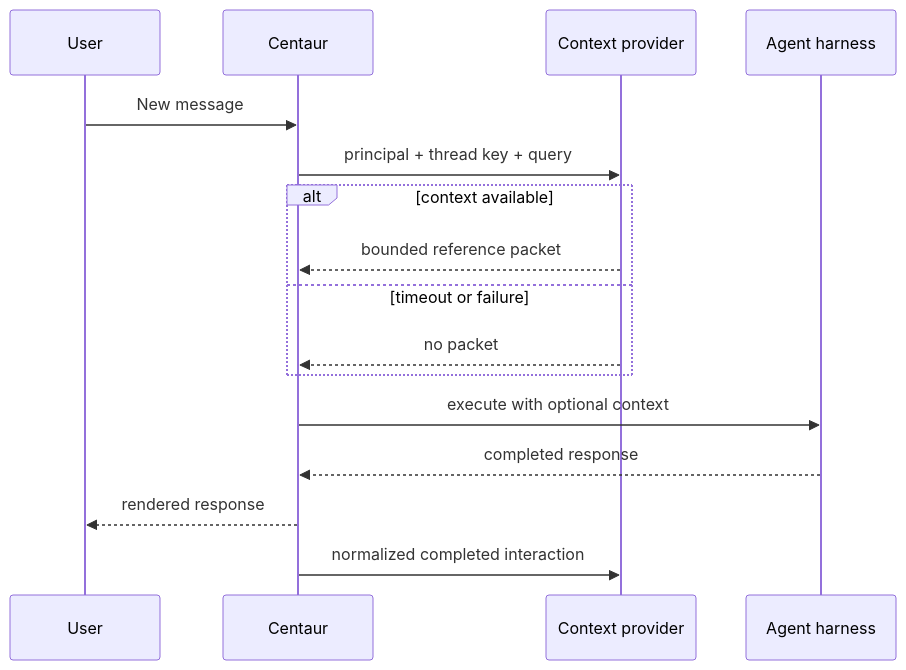
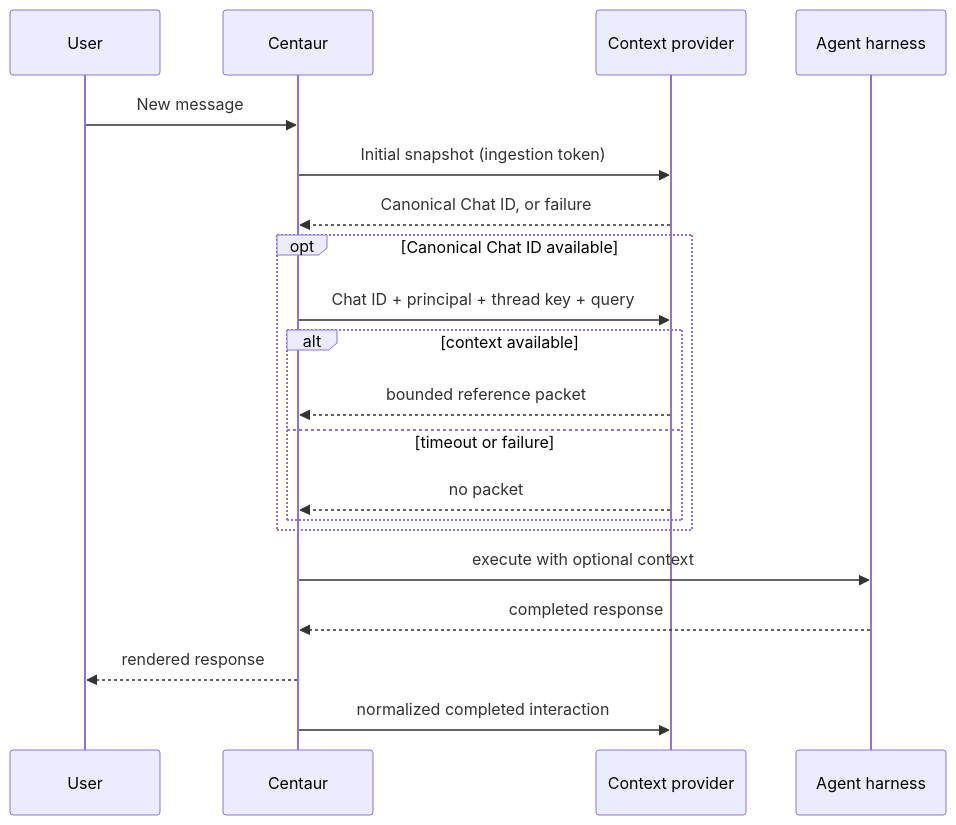
The diagram in docs/centaur-integration.md (bradwmorris/centaur-context), drawn with Mermaid before and after one commit. The commit also changed other lines of this file and 19 other files, not shown here.

````diff
--- a/docs/centaur-integration.md
+++ b/docs/centaur-integration.md
@@ -88,18 +141,22 @@
 ```mermaid
 sequenceDiagram
     participant U as User
     participant C as Centaur
     participant X as Context provider
     participant A as Agent harness
     U->>C: New message
-    C->>X: principal + thread key + query
-    alt context available
-        X-->>C: bounded reference packet
-    else timeout or failure
-        X-->>C: no packet
+    C->>X: Initial snapshot (ingestion token)
+    X-->>C: Canonical Chat ID, or failure
+    opt Canonical Chat ID available
+        C->>X: Chat ID + principal + thread key + query
+        alt context available
+            X-->>C: bounded reference packet
+        else timeout or failure
+            X-->>C: no packet
+        end
     end
     C->>A: execute with optional context
     A-->>C: completed response
     C-->>U: rendered response
     C->>X: normalized completed interaction
 ```
````
